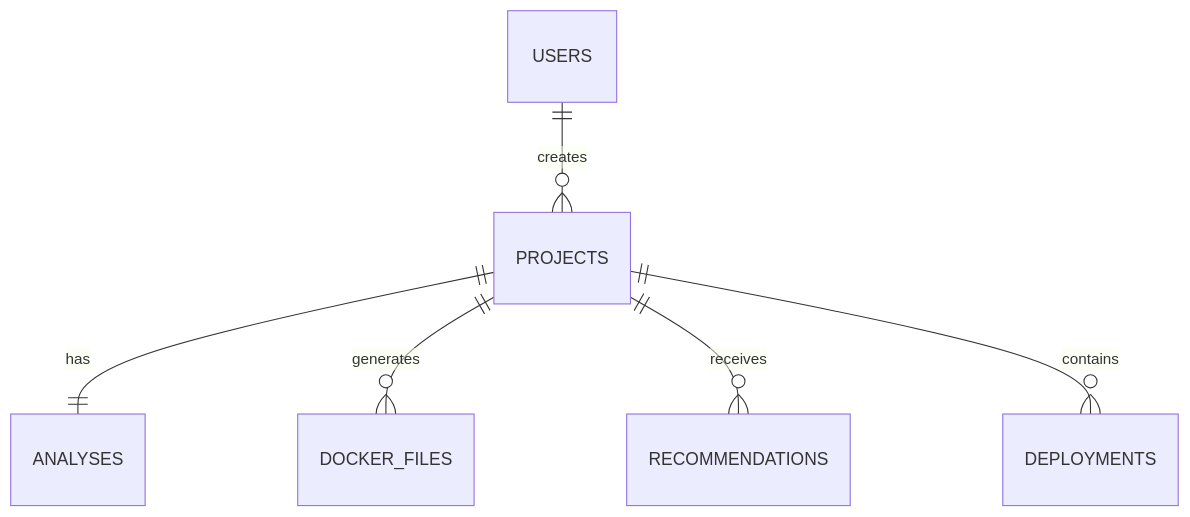
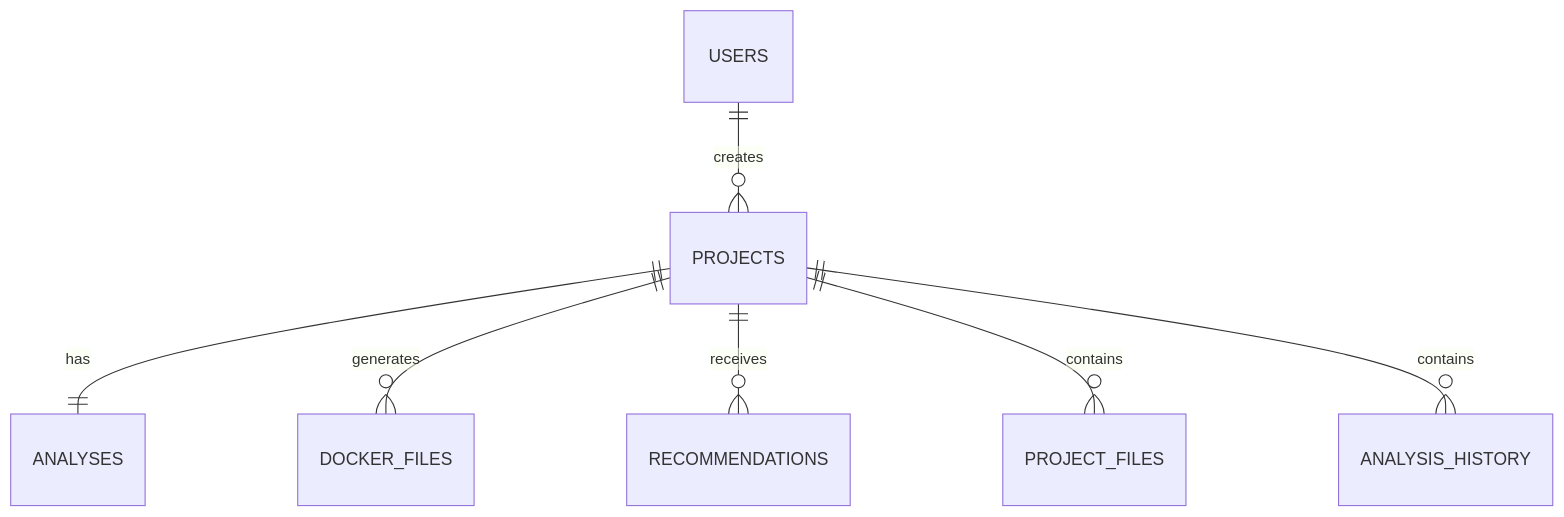
Before and after one commit to Isha-2325/AI-Cloud-Deployment-Platform: the diagram in docs/06_Database_Design.md, drawn with Mermaid. The commit also changed other lines of this file and 4 other files, not shown here.

Commit message:
docs: update SRS, System Architecture, Database Design, API Design; add Future Scope

````diff
--- a/docs/06_Database_Design.md
+++ b/docs/06_Database_Design.md
@@ -132,8 +139,9 @@
 ```mermaid
 erDiagram
     USERS ||--o{ PROJECTS : creates
     PROJECTS ||--|| ANALYSES : has
     PROJECTS ||--o{ DOCKER_FILES : generates
     PROJECTS ||--o{ RECOMMENDATIONS : receives
-    PROJECTS ||--o{ DEPLOYMENTS : contains
+    PROJECTS ||--o{ PROJECT_FILES : contains
+    PROJECTS ||--o{ ANALYSIS_HISTORY : contains
 ```
````
